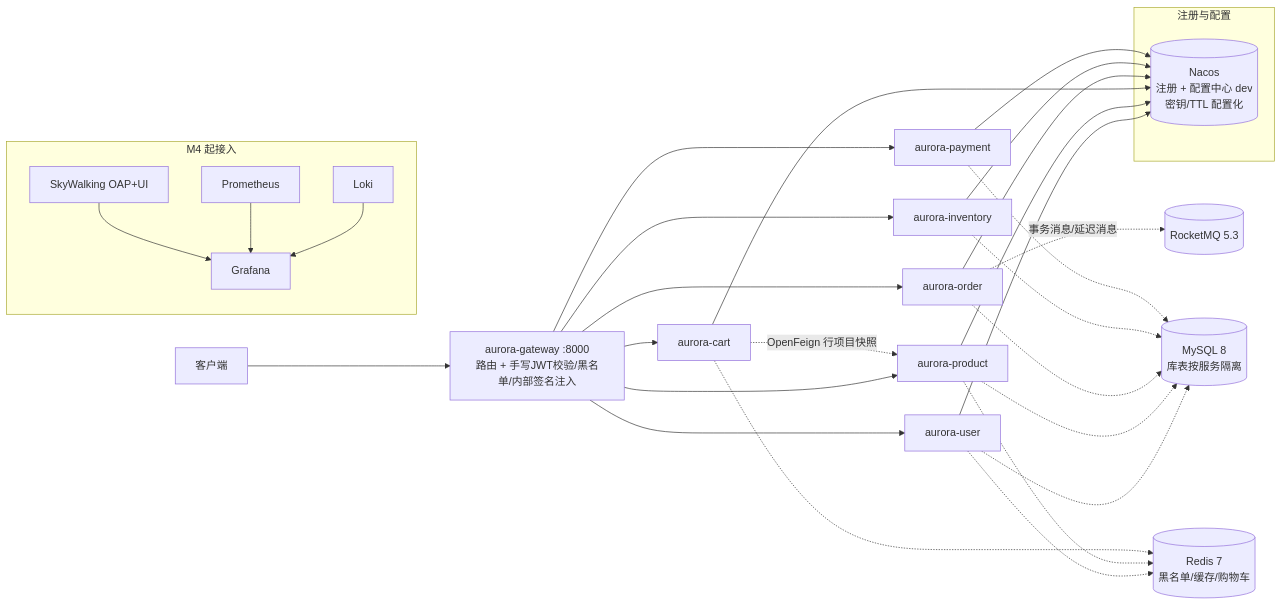
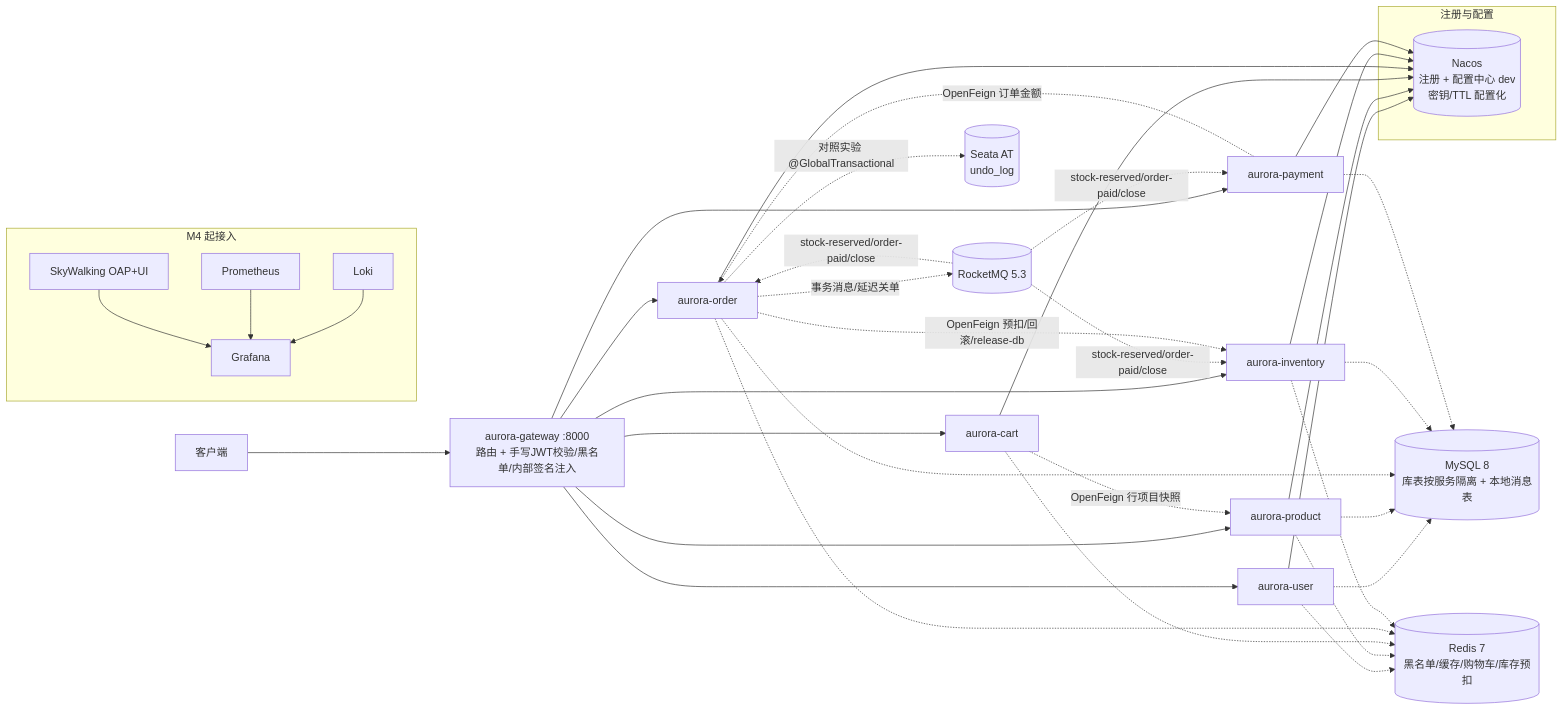
One commit to zeng-bohan/aurora-mall changed the diagram in README.md. Above: the diagram before and after it, drawn with Mermaid. The commit also changed other lines of this file and 1 other file, not shown here.

Commit message:
test(冒烟): 两条交易链与README v3

````diff
--- a/README.md
+++ b/README.md
@@ -9,27 +9,32 @@
 ```mermaid
 flowchart LR
     C[客户端] --> G[aurora-gateway :8000<br/>路由 + 手写JWT校验/黑名单/内部签名注入]
 
     G --> U[aurora-user]
     G --> P[aurora-product]
     G --> CA[aurora-cart]
     G --> O[aurora-order]
     G --> I[aurora-inventory]
     G --> PA[aurora-payment]
 
     CA -. OpenFeign 行项目快照 .-> P
 
     subgraph 注册与配置
       N[(Nacos<br/>注册 + 配置中心 dev<br/>密钥/TTL 配置化)]
     end
 
     U & P & CA & O & I & PA --> N
 
-    O -. 事务消息/延迟消息 .-> MQ[(RocketMQ 5.3)]
-    U & P & O & I & PA -.-> SQL[(MySQL 8<br/>库表按服务隔离)]
-    U & P & CA -.-> R[(Redis 7<br/>黑名单/缓存/购物车)]
+    O -. 事务消息/延迟关单 .-> MQ[(RocketMQ 5.3)]
+    MQ -. stock-reserved/order-paid/close .-> I & PA & O
+    O -. OpenFeign 预扣/回滚/release-db .-> I
+    PA -. OpenFeign 订单金额 .-> O
+    O -. 对照实验 @GlobalTransactional .-> SE[(Seata AT<br/>undo_log)]
+
+    U & P & O & I & PA -.-> SQL[(MySQL 8<br/>库表按服务隔离 + 本地消息表)]
+    U & P & CA & O & I -.-> R[(Redis 7<br/>黑名单/缓存/购物车/库存预扣)]
 
     subgraph 可观测性[M4 起接入]
       SW[SkyWalking OAP+UI] & PR[Prometheus] & LK[Loki] --> GR[Grafana]
     end
 ```
````
